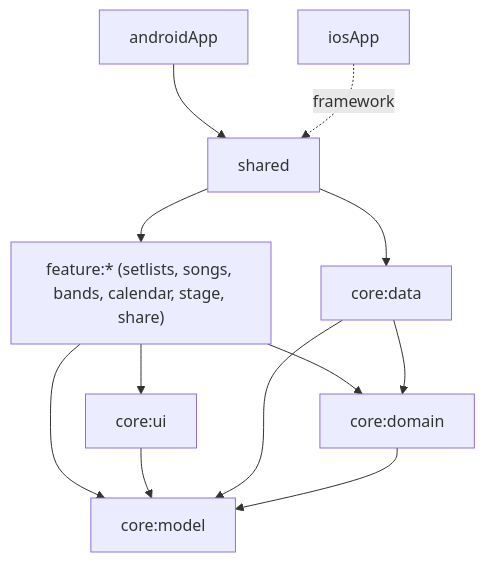
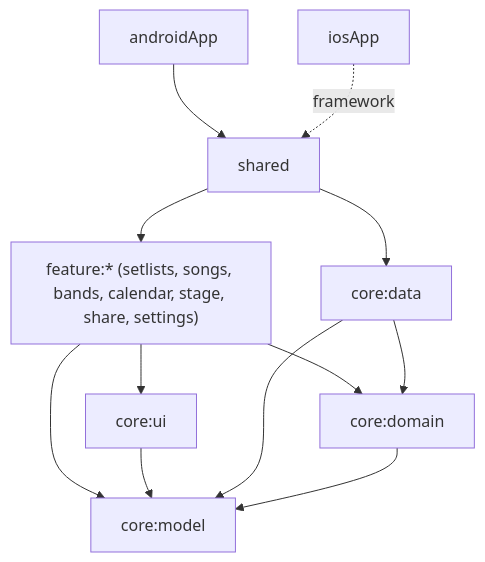
The first of 2 diagrams in openspec/changes/mvp-v1/design.md (tonhete/tochlabs-setlist), drawn with Mermaid before and after one commit. The commit also changed other lines of this file and 25 other files, not shown here.

````diff
--- a/openspec/changes/mvp-v1/design.md
+++ b/openspec/changes/mvp-v1/design.md
@@ -31,14 +31,14 @@
 ```mermaid
 flowchart TD
     androidApp --> shared
     iosApp -. framework .-> shared
-    shared --> FEAT["feature:* (setlists, songs, bands, calendar, stage, share)"]
+    shared --> FEAT["feature:* (setlists, songs, bands, calendar, stage, share, settings)"]
     shared --> data["core:data"]
     FEAT --> ui["core:ui"]
     FEAT --> domain["core:domain"]
     FEAT --> model["core:model"]
     ui --> model
     data --> domain
     data --> model
     domain --> model
 ```
````
